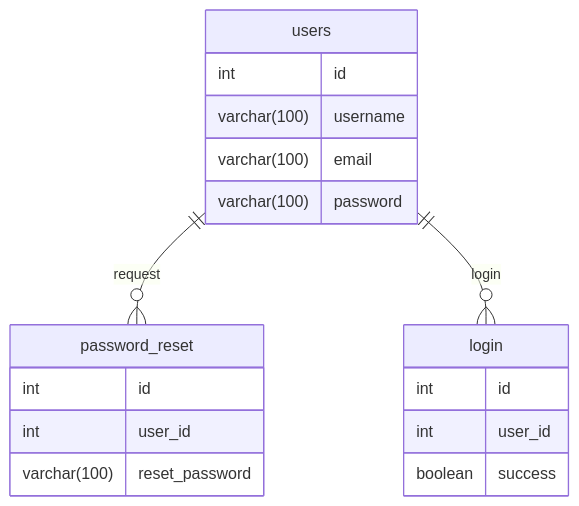
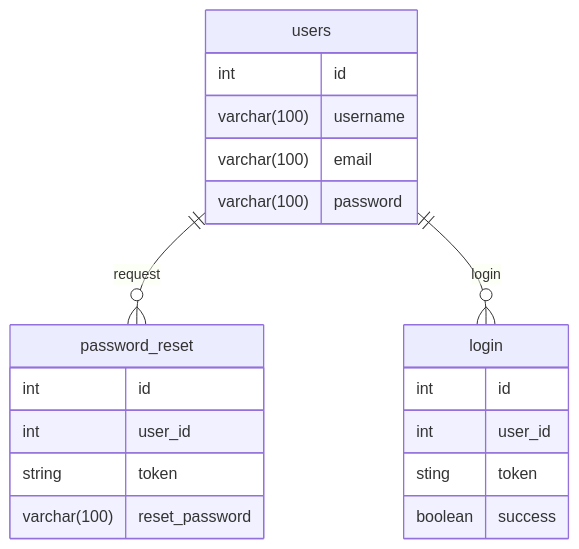
The diagram in README.md (MohamadDimasPrayoga1010/koda-b4-db4), drawn with Mermaid before and after one commit. The commit also changed 1 other file, not shown here.

Commit message:
feat: add token

````diff
--- a/README.md
+++ b/README.md
@@ -3,27 +3,29 @@
 ```mermaid
 erDiagram
 
 users{
     int id
     varchar(100) username
     varchar(100) email
     varchar(100) password
 }
 
 password_reset{
     int id
     int user_id
+    string token
     varchar(100) reset_password
 }
 
 login{
     int id
     int user_id
+    sting token
     boolean success
 }
 
 users ||--o{ password_reset : "request"
 users ||--o{ login : "login"
 
 
 ```
````
